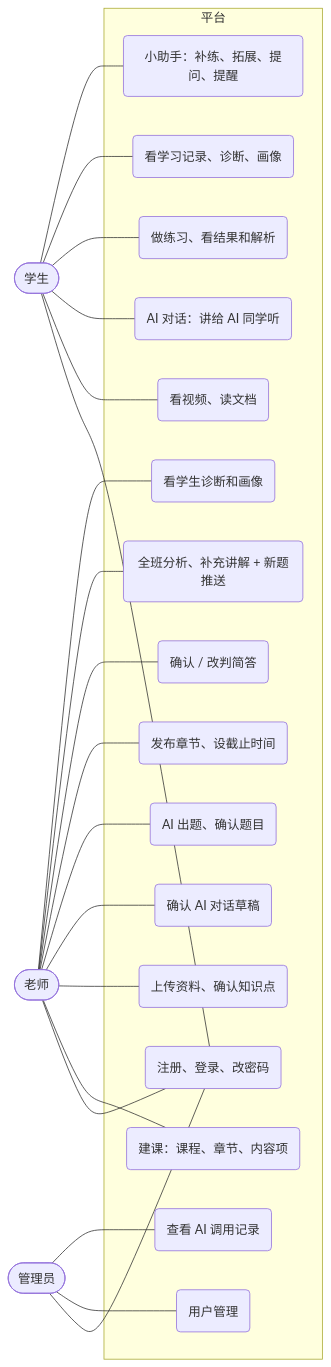
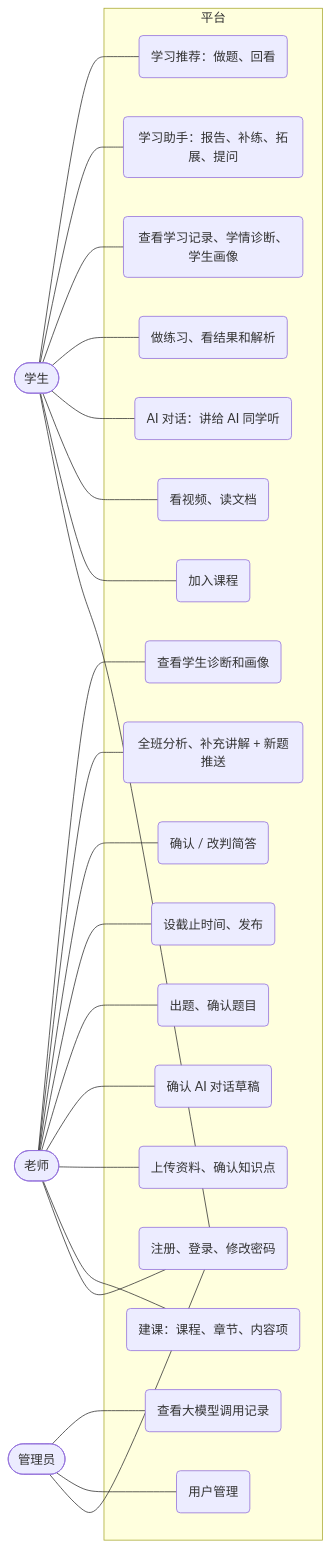
One commit to BRYANSOONZEN/Ai-Agent-Learning-Assistant changed the second of 2 diagrams in docs/提交材料/01-需求分析.md. Above: the diagram before and after it, drawn with Mermaid. The commit also changed other lines of this file and 3 other files, not shown here.

````diff
--- a/docs/提交材料/01-需求分析.md
+++ b/docs/提交材料/01-需求分析.md
@@ -102,27 +136,29 @@
 ```mermaid
 flowchart LR
     S([学生])
     T([老师])
     A([管理员])
     subgraph 平台
-        U1(注册、登录、改密码)
-        U2(看视频、读文档)
-        U3(AI 对话：讲给 AI 同学听)
-        U4(做练习、看结果和解析)
-        U5(看学习记录、诊断、画像)
-        U6(小助手：补练、拓展、提问、提醒)
-        U7(建课：课程、章节、内容项)
-        U8(上传资料、确认知识点)
-        U9(确认 AI 对话草稿)
-        U10(AI 出题、确认题目)
-        U11(发布章节、设截止时间)
-        U12(确认 / 改判简答)
-        U13(全班分析、补充讲解 + 新题推送)
-        U14(看学生诊断和画像)
-        U15(用户管理)
-        U16(查看 AI 调用记录)
+        U1(注册、登录、修改密码)
+        U2(加入课程)
+        U3(看视频、读文档)
+        U4(AI 对话：讲给 AI 同学听)
+        U5(做练习、看结果和解析)
+        U6(查看学习记录、学情诊断、学生画像)
+        U7(学习助手：报告、补练、拓展、提问)
+        U8(学习推荐：做题、回看)
+        U9(建课：课程、章节、内容项)
+        U10(上传资料、确认知识点)
+        U11(确认 AI 对话草稿)
+        U12(出题、确认题目)
+        U13(设截止时间、发布)
+        U14(确认 / 改判简答)
+        U15(全班分析、补充讲解 + 新题推送)
+        U16(查看学生诊断和画像)
+        U17(用户管理)
+        U18(查看大模型调用记录)
     end
-    S --- U1 & U2 & U3 & U4 & U5 & U6
-    T --- U1 & U7 & U8 & U9 & U10 & U11 & U12 & U13 & U14
-    A --- U1 & U15 & U16
+    S --- U1 & U2 & U3 & U4 & U5 & U6 & U7 & U8
+    T --- U1 & U9 & U10 & U11 & U12 & U13 & U14 & U15 & U16
+    A --- U1 & U17 & U18
 ```
````
